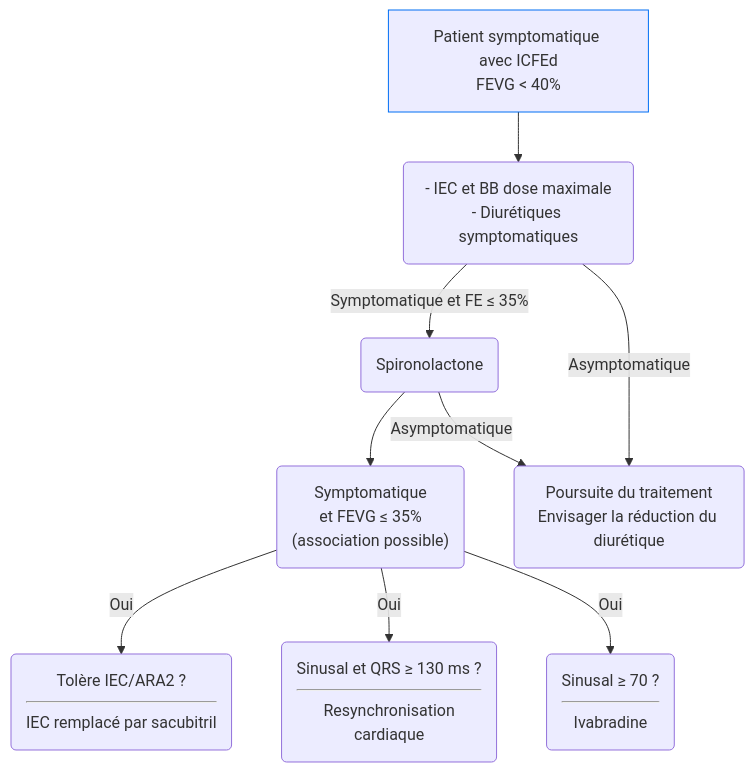
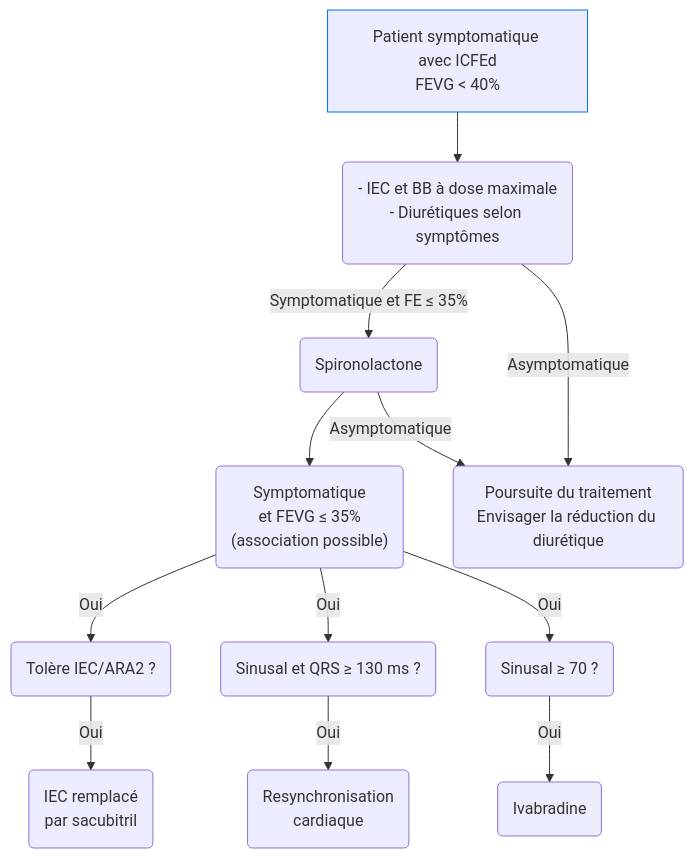
Before and after one commit to djibe/recommandations-medicales: the second of 2 diagrams in content/recommandations/insuffisance-cardiaque-chronique.md, drawn with Mermaid. The commit also changed other lines of this file and 33 other files, not shown here.

```diff
--- a/content/recommandations/insuffisance-cardiaque-chronique.md
+++ b/content/recommandations/insuffisance-cardiaque-chronique.md
@@ -372,13 +381,13 @@
 {{< mermaid title="Conduite à tenir pour le traitement l'insuffisance cardiaque symptomatique à l'état stable. Dr JB FRON d'après ESC 2016" >}}
 graph TB
 ICFEd["Patient symptomatique avec ICFEd<br>FEVG &lt; 40%"]
 style ICFEd stroke:#006ef4, stroke-width:1px
-  ICFEd --> systematique("- IEC et BB dose maximale<br>- Diurétiques symptomatiques")
+  ICFEd --> systematique("- IEC et BB à dose maximale<br>- Diurétiques selon symptômes")
     systematique -- "Symptomatique et FE &le; 35%" --> antialdosterone(Spironolactone)
       antialdosterone --> choix("Symptomatique<br>et FEVG &le; 35%<br>(association possible)")
-        choix -- Oui --> ARNI("Tolère IEC/ARA2 ?<hr>IEC remplacé par sacubitril")
-        choix -- Oui --> CRT("Sinusal et QRS &ge; 130 ms ?<hr>Resynchronisation<br>cardiaque")
-        choix -- Oui --> ivabradine("Sinusal &ge; 70 ?<hr>Ivabradine")
+        choix -- Oui --> ARNI(Tolère IEC/ARA2 ?) -- Oui --> sacubitril("IEC remplacé<br>par sacubitril")
+        choix -- Oui --> CRT("Sinusal et QRS &ge; 130 ms ?") -- Oui --> resynchronisation("Resynchronisation<br>cardiaque")
+        choix -- Oui --> qIvabradine("Sinusal &ge; 70 ?") -- Oui --> ivabradine(Ivabradine)
       antialdosterone -- Asymptomatique --> poursuite
     systematique -- Asymptomatique --> poursuite(Poursuite du traitement<br>Envisager la réduction du diurétique)
 {{< /mermaid >}}
```
